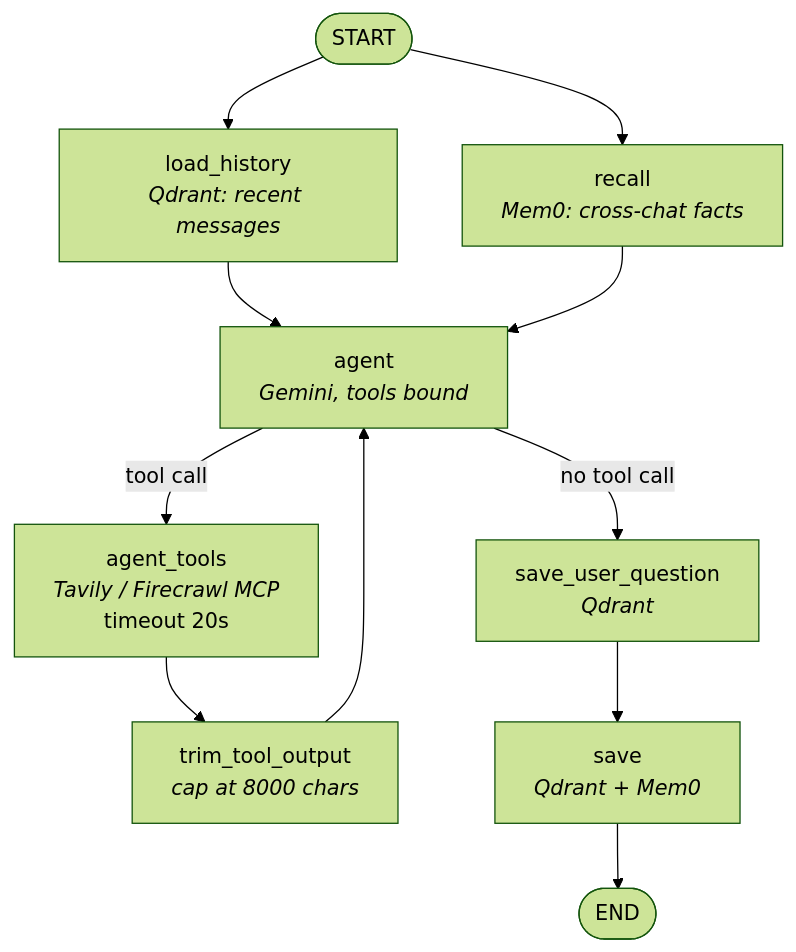
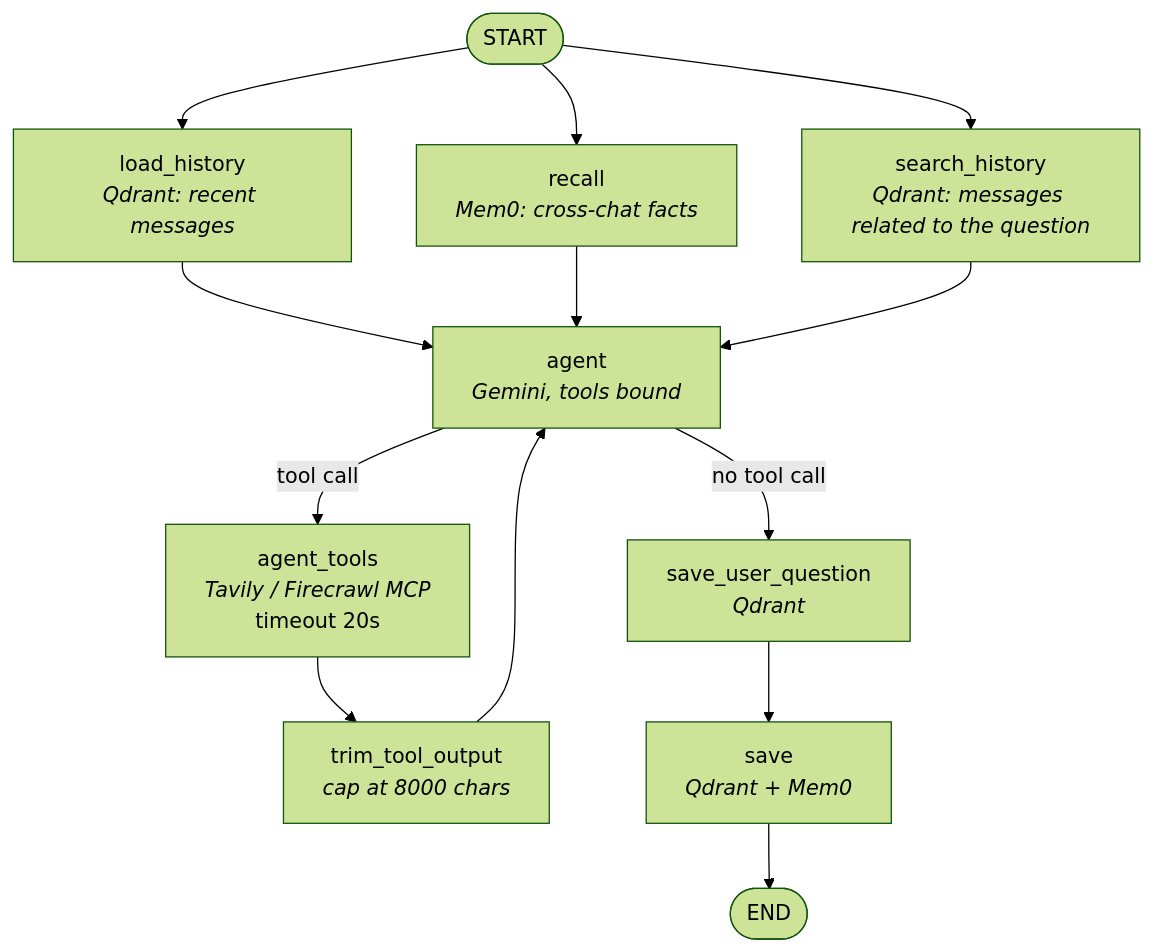
Before and after one commit to extrawest/langgraph-chatbot: the second of 3 diagrams in README.md, drawn with Mermaid (forest theme). The commit also changed other lines of this file and 3 other files, not shown here.

Commit message:
search the user's past messages and give the agent what relates to the question

````diff
--- a/README.md
+++ b/README.md
@@ -80,18 +83,20 @@
 ```mermaid
 flowchart TD
     START(["START"])
     START --> load_history["load_history<br/><i>Qdrant: recent messages</i>"]
     START --> recall["recall<br/><i>Mem0: cross-chat facts</i>"]
+    START --> search["search_history<br/><i>Qdrant: messages related to the question</i>"]
 
     load_history --> agent
     recall --> agent
+    search --> agent
 
     agent["agent<br/><i>Gemini, tools bound</i>"]
     agent -->|tool call| agent_tools["agent_tools<br/><i>Tavily / Firecrawl MCP</i><br/>timeout 20s"]
     agent_tools --> trim["trim_tool_output<br/><i>cap at 8000 chars</i>"]
     trim --> agent
 
     agent -->|no tool call| save_q["save_user_question<br/><i>Qdrant</i>"]
     save_q --> save["save<br/><i>Qdrant + Mem0</i>"]
     save --> END(["END"])
 ```
````
